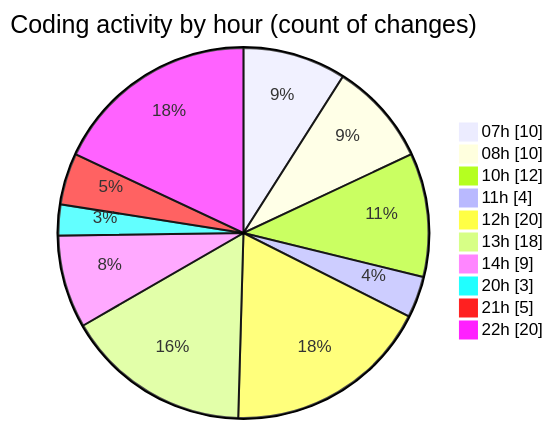
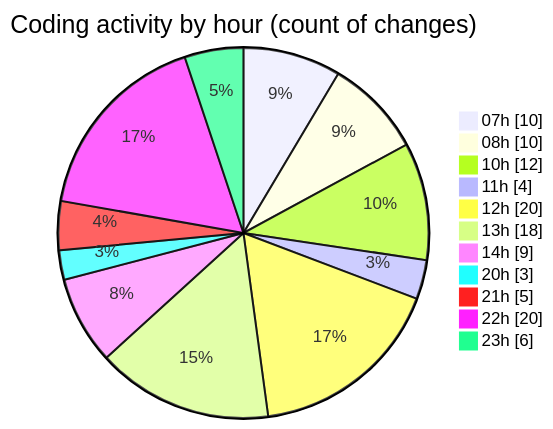
One commit to tmsrecording-cyber/code-tracking changed the second of 2 diagrams in 2026-02-08/singularitybrainai/README.md. Above: the diagram before and after it, drawn with Mermaid. The commit also changed other lines of this file and 1 other file, not shown here.

````diff
--- a/2026-02-08/singularitybrainai/README.md
+++ b/2026-02-08/singularitybrainai/README.md
@@ -48,14 +49,15 @@
 ```mermaid
 pie showData
 title Coding activity by hour (count of changes)
 "07h" : 10
 "08h" : 10
 "10h" : 12
 "11h" : 4
 "12h" : 20
 "13h" : 18
 "14h" : 9
 "20h" : 3
 "21h" : 5
 "22h" : 20
+"23h" : 6
 ```
````
